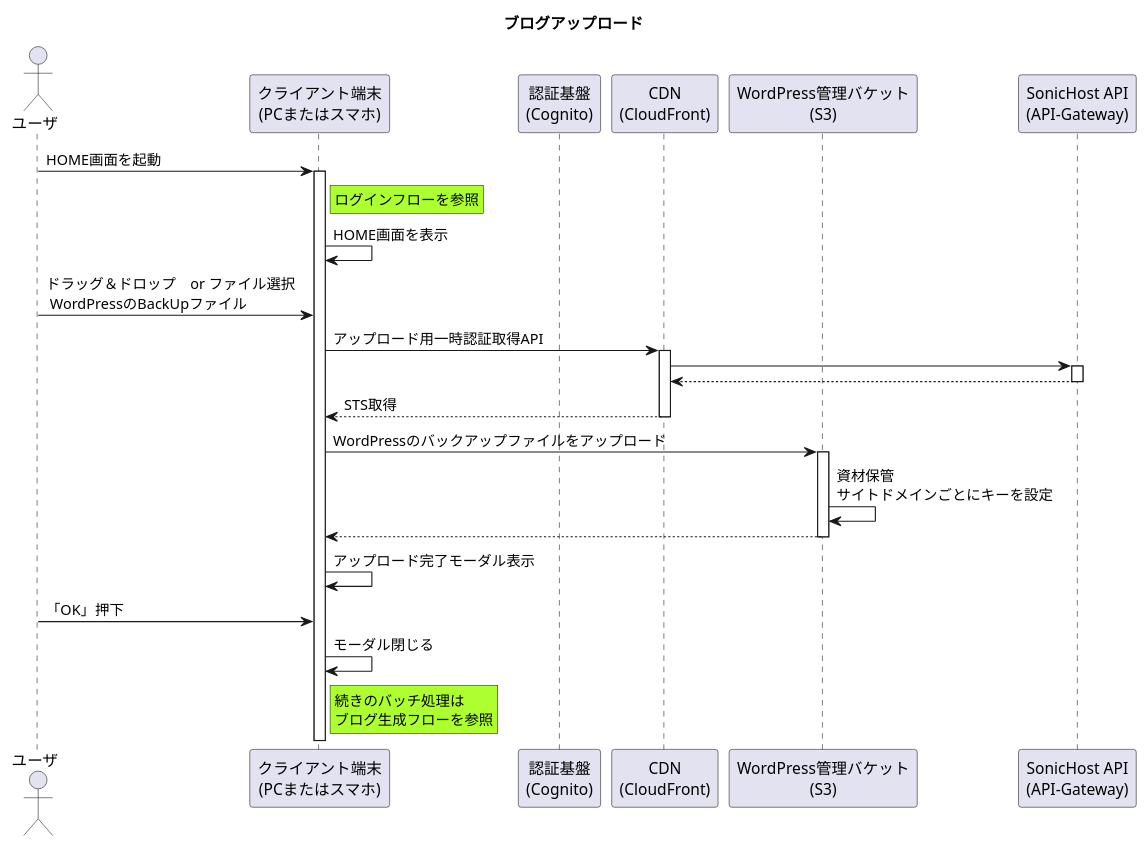
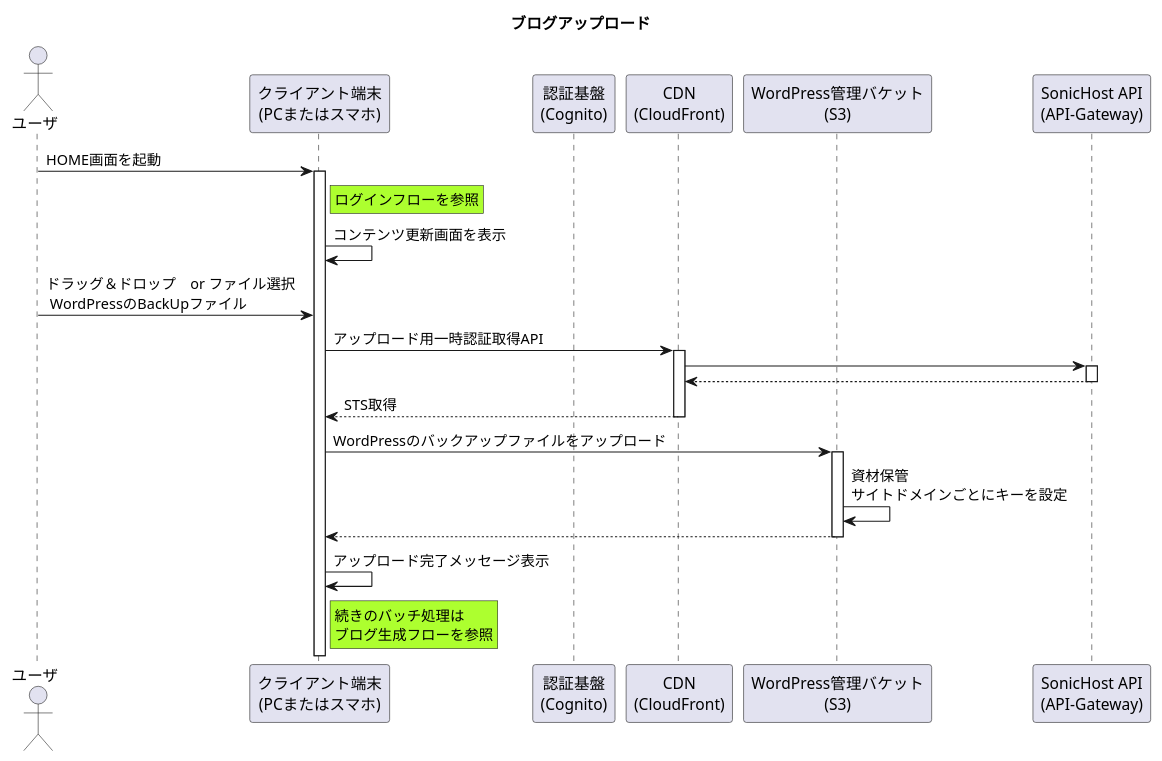
One commit to Sonic-Host/documents changed the diagram in 01_Sequences/02_BlogCreate/01_BlogUpload_Flow/blogUploadFlow.pu. Above: the diagram before and after it, drawn with PlantUML. The commit also changed 13 other files, not shown here.

```diff
--- a/01_Sequences/02_BlogCreate/01_BlogUpload_Flow/blogUploadFlow.pu
+++ b/01_Sequences/02_BlogCreate/01_BlogUpload_Flow/blogUploadFlow.pu
@@ -1,36 +1,34 @@
 @startuml ブログアップロード
 title ブログアップロード
 
 
 ' アクター定義
 actor "ユーザ" as user
 participant "クライアント端末\n(PCまたはスマホ)" as device
 participant "認証基盤\n(Cognito)" as cognito
 participant "CDN\n(CloudFront)" as cdn
 participant "WordPress管理バケット\n(S3)" as s3
 participant "SonicHost API\n(API-Gateway)" as api
 
 user -> device ++ : HOME画面を起動
 rnote right of device #GreenYellow
     ログインフローを参照
 end note
-device -> device : HOME画面を表示
+device -> device : コンテンツ更新画面を表示
 user -> device : ドラッグ＆ドロップ　or ファイル選択\n WordPressのBackUpファイル
 device -> cdn ++ : アップロード用一時認証取得API
 cdn -> api ++ 
 cdn <-- api --
 device <-- cdn -- : STS取得
 device -> s3 ++ : WordPressのバックアップファイルをアップロード
 s3 -> s3 : 資材保管\nサイトドメインごとにキーを設定
 device <-- s3 --
-device -> device : アップロード完了モーダル表示
-user -> device : 「OK」押下
-device -> device : モーダル閉じる
+device -> device : アップロード完了メッセージ表示
 rnote right of device #GreenYellow
     続きのバッチ処理は
     ブログ生成フローを参照
 end note
 
 
 
 @enduml
```
